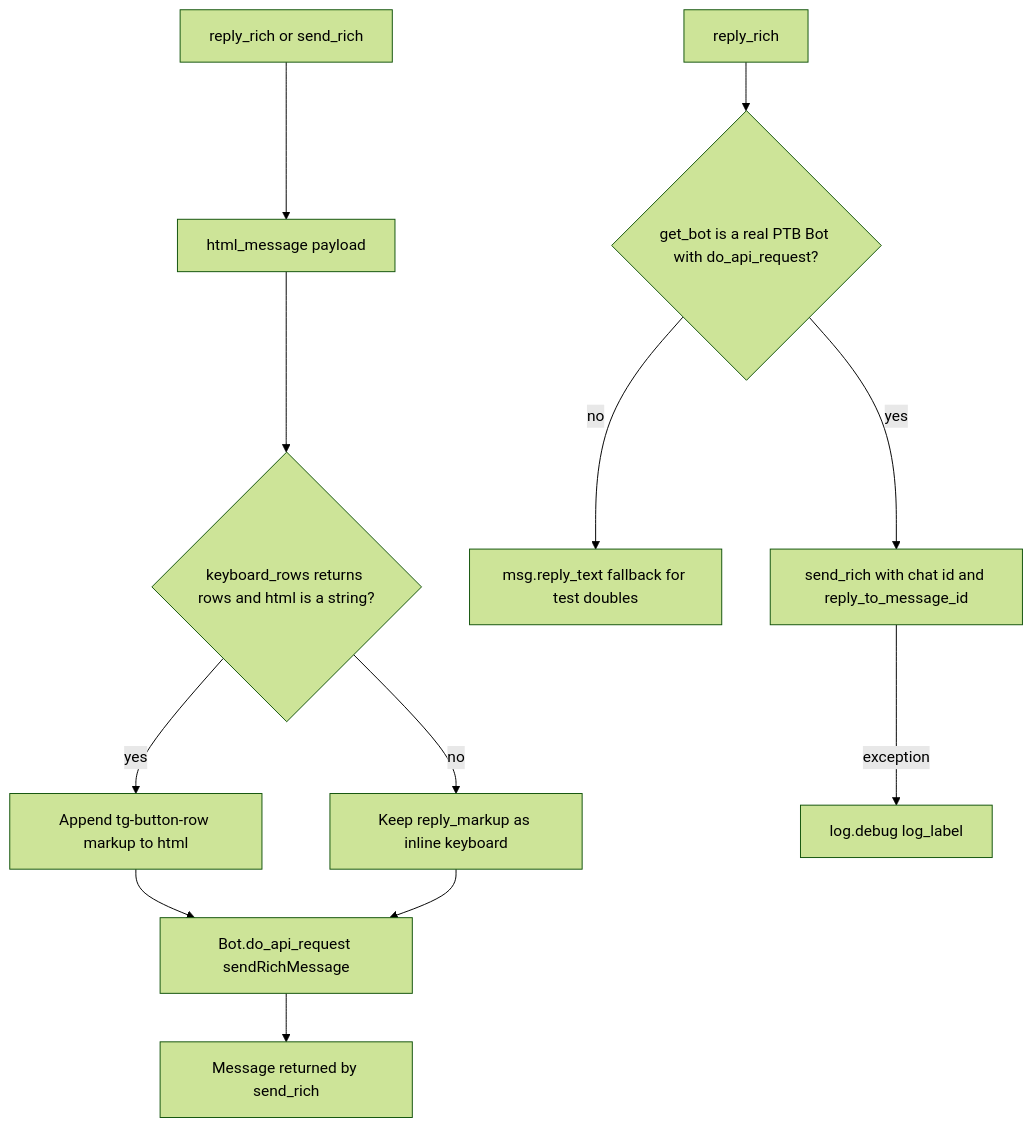
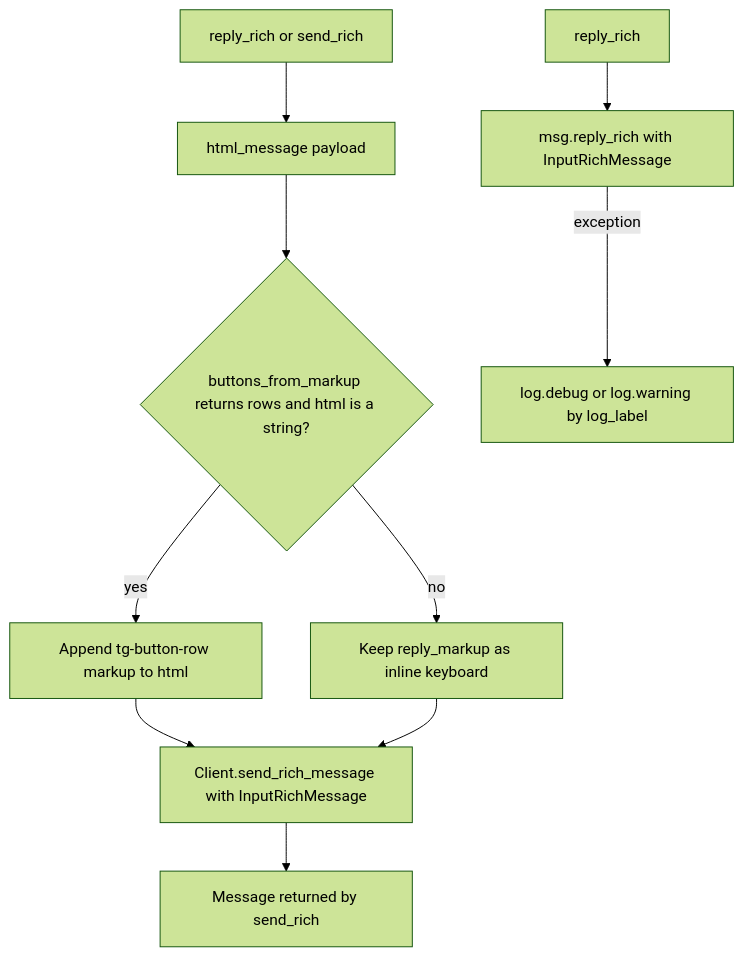
One commit to D1ZZY4/tcbot changed the first of 3 diagrams in docs/flows/transport.md. Above: the diagram before and after it, drawn with Mermaid (forest theme). The commit also changed other lines of this file and 204 other files, not shown here.

````diff
--- a/docs/flows/transport.md
+++ b/docs/flows/transport.md
@@ -33,14 +34,12 @@
 ```mermaid
 flowchart TD
     CALL[reply_rich or send_rich] --> BUILT[html_message payload]
-    BUILT --> CONVERT{keyboard_rows returns rows and html is a string?}
+    BUILT --> CONVERT{buttons_from_markup returns rows and html is a string?}
     CONVERT -->|yes| EMBED[Append tg-button-row markup to html]
     CONVERT -->|no| INLINE[Keep reply_markup as inline keyboard]
-    EMBED --> API[Bot.do_api_request sendRichMessage]
+    EMBED --> API[Client.send_rich_message with InputRichMessage]
     INLINE --> API
     API --> MSG[Message returned by send_rich]
-    REPLY[reply_rich] --> NORICH{get_bot is a real PTB Bot with do_api_request?}
-    NORICH -->|no| PLAIN[msg.reply_text fallback for test doubles]
-    NORICH -->|yes| SEND[send_rich with chat id and reply_to_message_id]
-    SEND -->|exception| LOG[log.debug log_label]
+    REPLY[reply_rich] --> SEND[msg.reply_rich with InputRichMessage]
+    SEND -->|exception| LOG[log.debug or log.warning by log_label]
 ```
````
